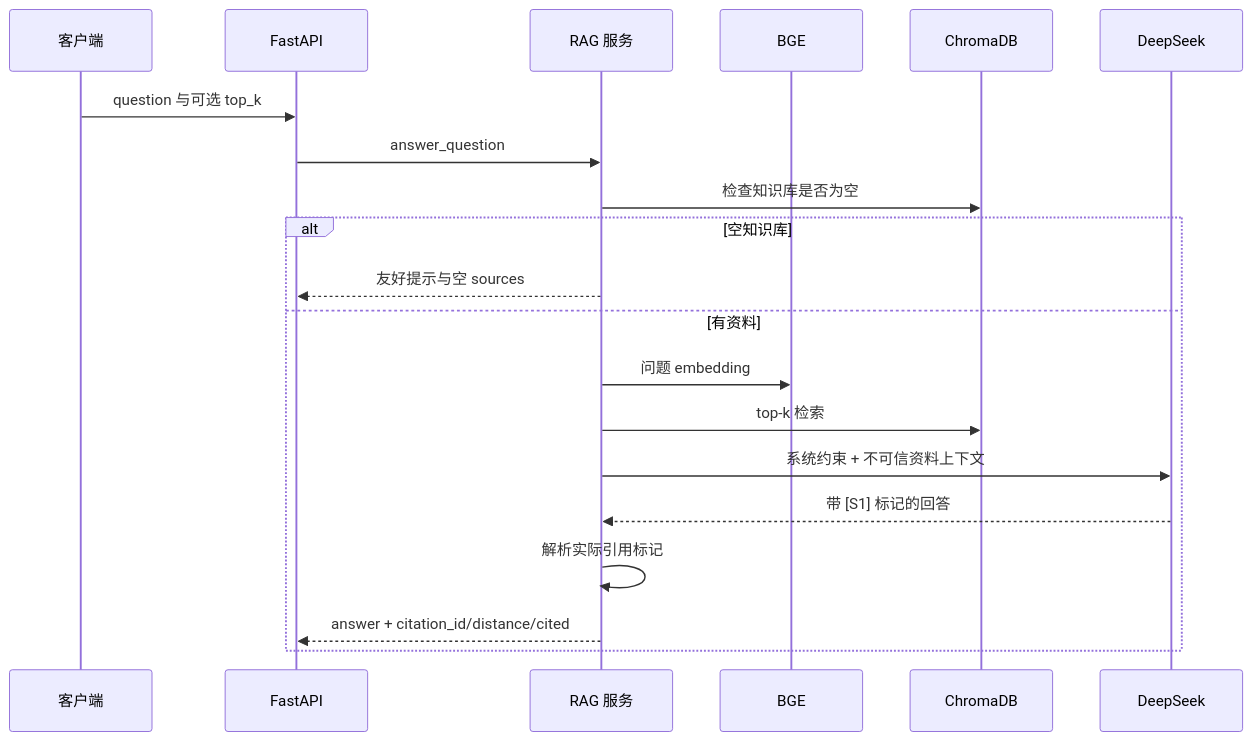
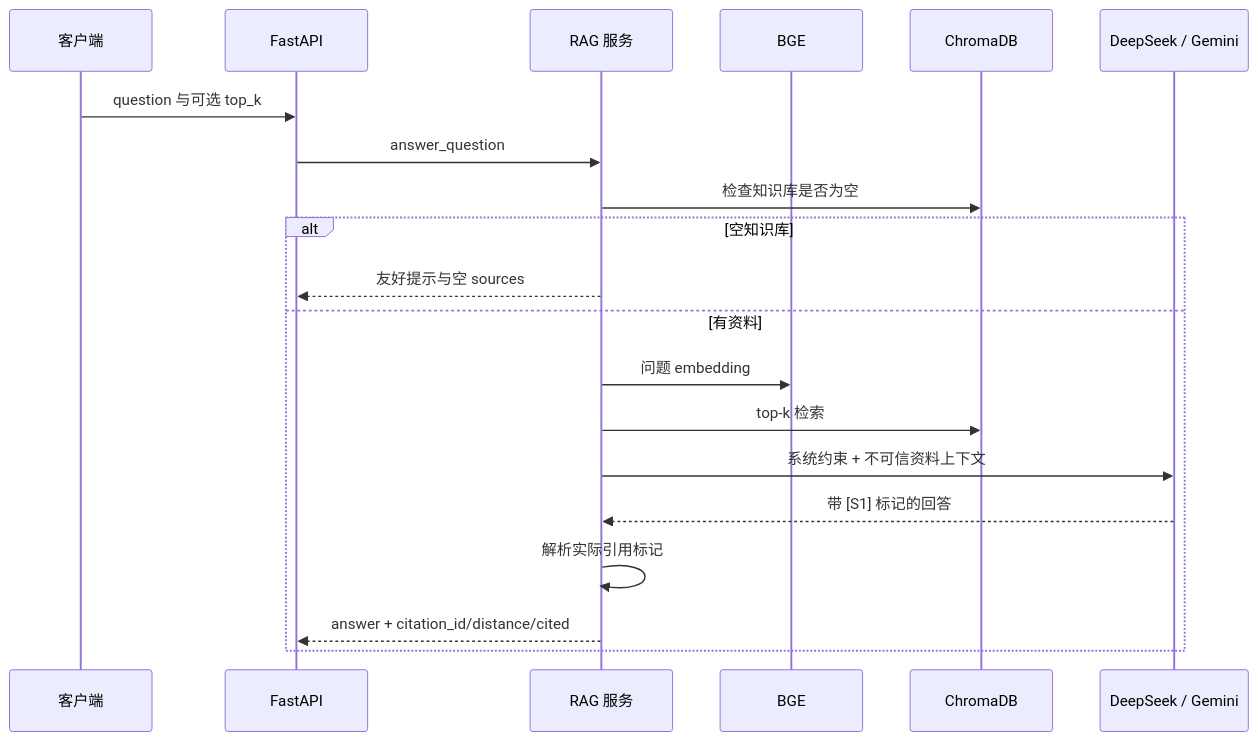
The third of 3 diagrams in docs/architecture.md (raynegao/StudyMate-RAG), drawn with Mermaid before and after one commit. The commit also changed other lines of this file and 27 other files, not shown here.

````diff
--- a/docs/architecture.md
+++ b/docs/architecture.md
@@ -63,23 +63,23 @@
 ```mermaid
 sequenceDiagram
     participant C as 客户端
     participant A as FastAPI
     participant R as RAG 服务
     participant E as BGE
     participant V as ChromaDB
-    participant L as DeepSeek
+    participant L as DeepSeek / Gemini
 
     C->>A: question 与可选 top_k
     A->>R: answer_question
     R->>V: 检查知识库是否为空
     alt 空知识库
         R-->>A: 友好提示与空 sources
     else 有资料
         R->>E: 问题 embedding
         R->>V: top-k 检索
         R->>L: 系统约束 + 不可信资料上下文
         L-->>R: 带 [S1] 标记的回答
         R->>R: 解析实际引用标记
         R-->>A: answer + citation_id/distance/cited
     end
 ```
````
